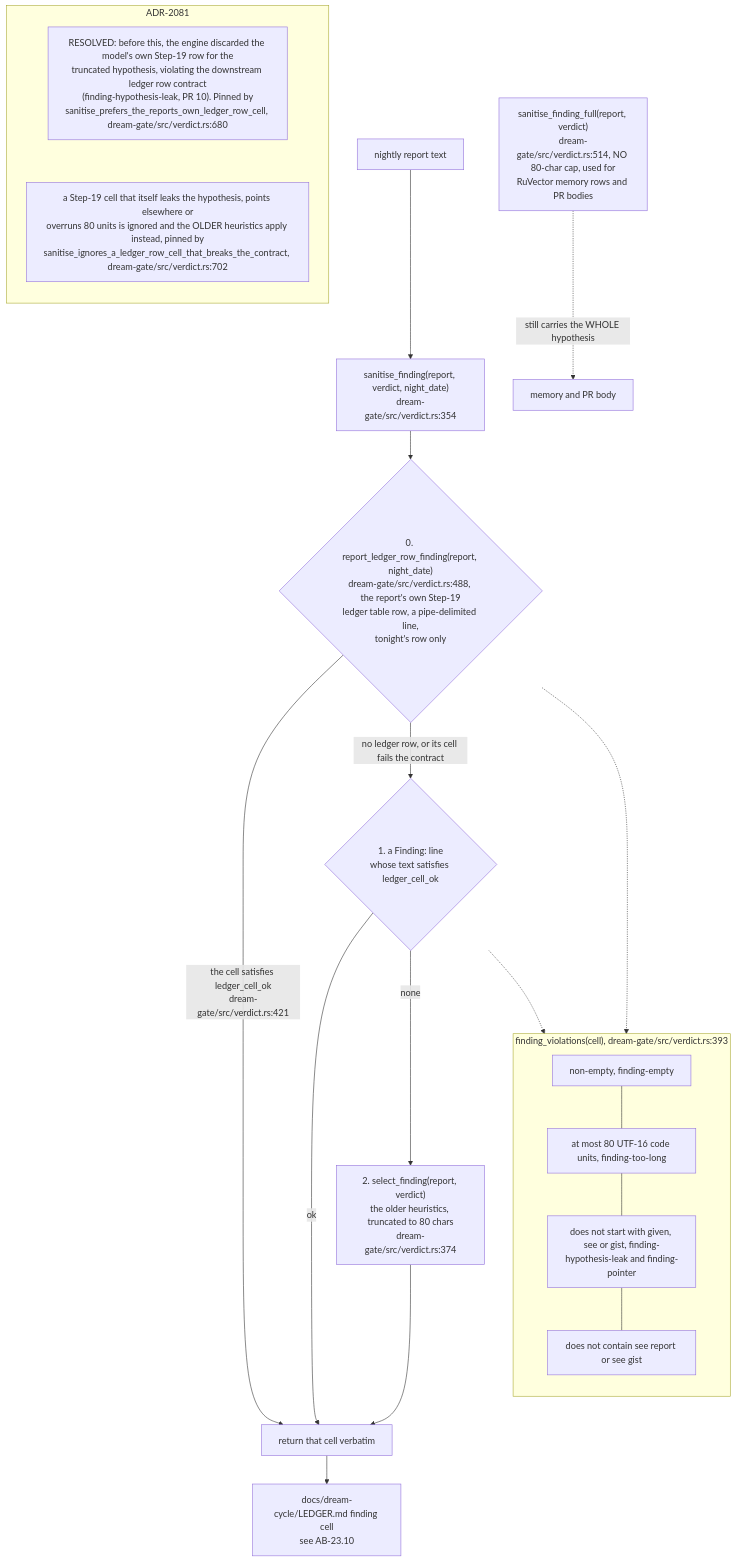
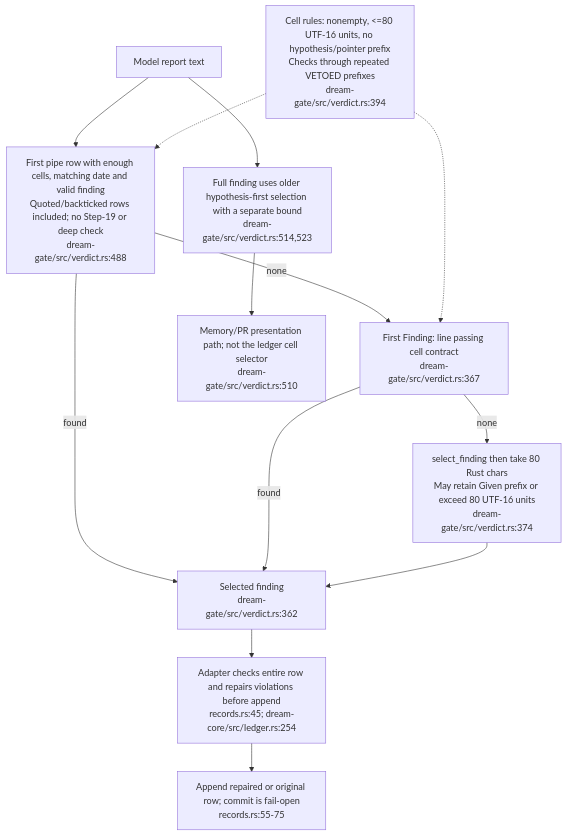
One commit to DreamLab-AI/VisionFlow changed diagram 14 of 22 in docs/diagrams/agentbox/23-dream-engine.md. Above: the diagram before and after it, drawn with Mermaid. The commit also changed other lines of this file and 17 other files, not shown here.

````diff
--- a/docs/diagrams/agentbox/23-dream-engine.md
+++ b/docs/diagrams/agentbox/23-dream-engine.md
@@ -611,28 +569,15 @@
 ```mermaid
 flowchart TB
-    R["nightly report text"] --> SF["sanitise_finding(report, verdict, night_date)<br/>dream-gate/src/verdict.rs:354"]
-    SF --> Q0{"0. report_ledger_row_finding(report, night_date)<br/>dream-gate/src/verdict.rs:488, the report's own Step-19<br/>ledger table row, a pipe-delimited line,<br/>tonight's row only"}
-    Q0 -->|"the cell satisfies ledger_cell_ok<br/>dream-gate/src/verdict.rs:421"| CELL["return that cell verbatim"]
-    Q0 -->|"no ledger row, or its cell fails the contract"| Q1{"1. a Finding: line<br/>whose text satisfies ledger_cell_ok"}
-    Q1 -->|"ok"| CELL
-    Q1 -->|"none"| Q2["2. select_finding(report, verdict)<br/>the older heuristics, truncated to 80 chars<br/>dream-gate/src/verdict.rs:374"]
-    Q2 --> CELL
-    subgraph contract["finding_violations(cell), dream-gate/src/verdict.rs:393"]
-        direction TB
-        C1["non-empty, finding-empty"]
-        C2["at most 80 UTF-16 code units, finding-too-long"]
-        C3["does not start with given, see or gist, finding-hypothesis-leak and finding-pointer"]
-        C4["does not contain see report or see gist"]
-        C1 --- C2 --- C3 --- C4
-    end
-    Q0 -.-> contract
-    Q1 -.-> contract
-    CELL --> LEDGER["docs/dream-cycle/LEDGER.md finding cell<br/>see AB-23.10"]
-    FULL["sanitise_finding_full(report, verdict)<br/>dream-gate/src/verdict.rs:514, NO 80-char cap, used for<br/>RuVector memory rows and PR bodies"] -.->|"still carries the WHOLE hypothesis"| MEM["memory and PR body"]
-    subgraph notes["ADR-2081"]
-        direction TB
-        N1["RESOLVED: before this, the engine discarded the model's own Step-19 row for the<br/>truncated hypothesis, violating the downstream ledger row contract<br/>(finding-hypothesis-leak, PR 10). Pinned by<br/>sanitise_prefers_the_reports_own_ledger_row_cell, dream-gate/src/verdict.rs:680"]
-        N2["a Step-19 cell that itself leaks the hypothesis, points elsewhere or<br/>overruns 80 units is ignored and the OLDER heuristics apply instead, pinned by<br/>sanitise_ignores_a_ledger_row_cell_that_breaks_the_contract, dream-gate/src/verdict.rs:702"]
-        N1 ~~~ N2
-    end
+    REPORT["Model report text"] --> TABLE["First pipe row with enough cells, matching date and valid finding<br/>Quoted/backticked rows included; no Step-19 or deep check<br/>dream-gate/src/verdict.rs:488"]
+    TABLE -->|found| SELECTED["Selected finding<br/>dream-gate/src/verdict.rs:362"]
+    TABLE -->|none| LINE["First Finding: line passing cell contract<br/>dream-gate/src/verdict.rs:367"]
+    LINE -->|found| SELECTED
+    LINE -->|none| FALL["select_finding then take 80 Rust chars<br/>May retain Given prefix or exceed 80 UTF-16 units<br/>dream-gate/src/verdict.rs:374"]
+    FALL --> SELECTED
+    SELECTED --> BACK["Adapter checks entire row and repairs violations before append<br/>records.rs:45; dream-core/src/ledger.rs:254"]
+    BACK --> LEDGER["Append repaired or original row; commit is fail-open<br/>records.rs:55-75"]
+    RULES["Cell rules: nonempty, <=80 UTF-16 units, no hypothesis/pointer prefix<br/>Checks through repeated VETOED prefixes<br/>dream-gate/src/verdict.rs:394"] -.-> TABLE
+    RULES -.-> LINE
+    REPORT --> FULL["Full finding uses older hypothesis-first selection with a separate bound<br/>dream-gate/src/verdict.rs:514,523"]
+    FULL --> OTHER["Memory/PR presentation path; not the ledger cell selector<br/>dream-gate/src/verdict.rs:510"]
 ```
````
